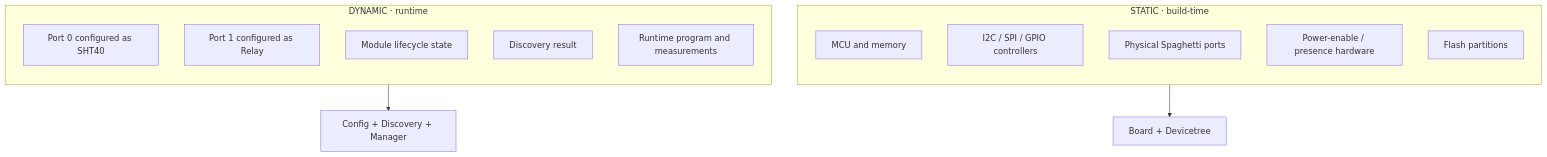
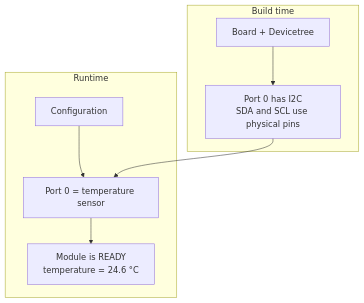
The fourth of 17 diagrams in Firmware/core/ARCHITECTURE.md (andreapiccini/SpaghettiLAB), drawn with Mermaid before and after one commit. The commit also changed other lines of this file and 164 other files, not shown here.

````diff
--- a/Firmware/core/ARCHITECTURE.md
+++ b/Firmware/core/ARCHITECTURE.md
@@ -212,21 +134,17 @@
 ```mermaid
 flowchart TB
-    subgraph STATIC["STATIC · build-time"]
-        direction TB
-        S1["MCU and memory"]
-        S2["I2C / SPI / GPIO controllers"]
-        S3["Physical Spaghetti ports"]
-        S4["Power-enable / presence hardware"]
-        S5["Flash partitions"]
+    subgraph BUILD["Build time"]
+        BOARD["Board + Devicetree"]
+        STATIC["Port 0 has I2C<br/>SDA and SCL use physical pins"]
+        BOARD --> STATIC
     end
-    subgraph DYNAMIC["DYNAMIC · runtime"]
-        direction TB
-        D1["Port 0 configured as SHT40"]
-        D2["Port 1 configured as Relay"]
-        D3["Module lifecycle state"]
-        D4["Discovery result"]
-        D5["Runtime program and measurements"]
+
+    subgraph RUN["Runtime"]
+        CONFIG["Configuration"]
+        ASSIGN["Port 0 = temperature sensor"]
+        STATE["Module is READY<br/>temperature = 24.6 °C"]
+        CONFIG --> ASSIGN --> STATE
     end
-    STATIC --> BD["Board + Devicetree"]
-    DYNAMIC --> CDM["Config + Discovery + Manager"]
+
+    STATIC --> ASSIGN
 ```
````
